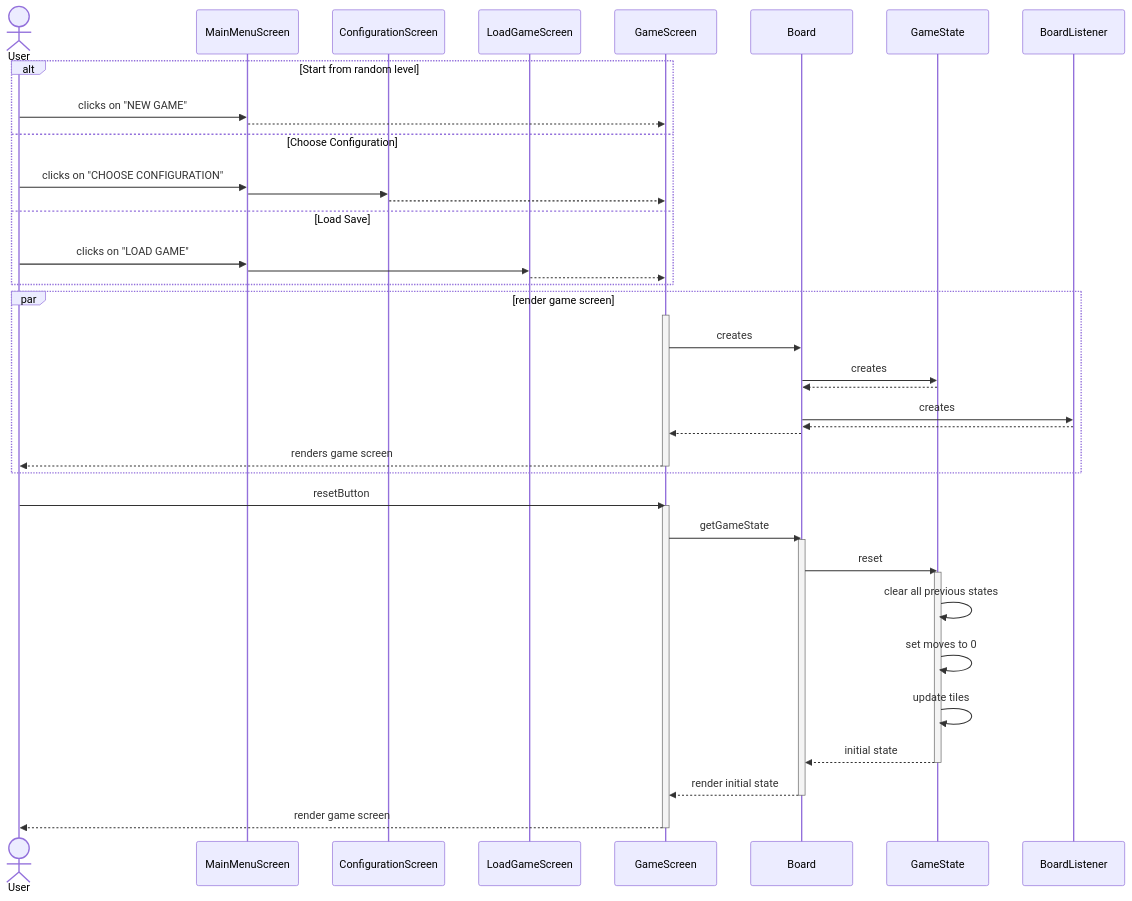
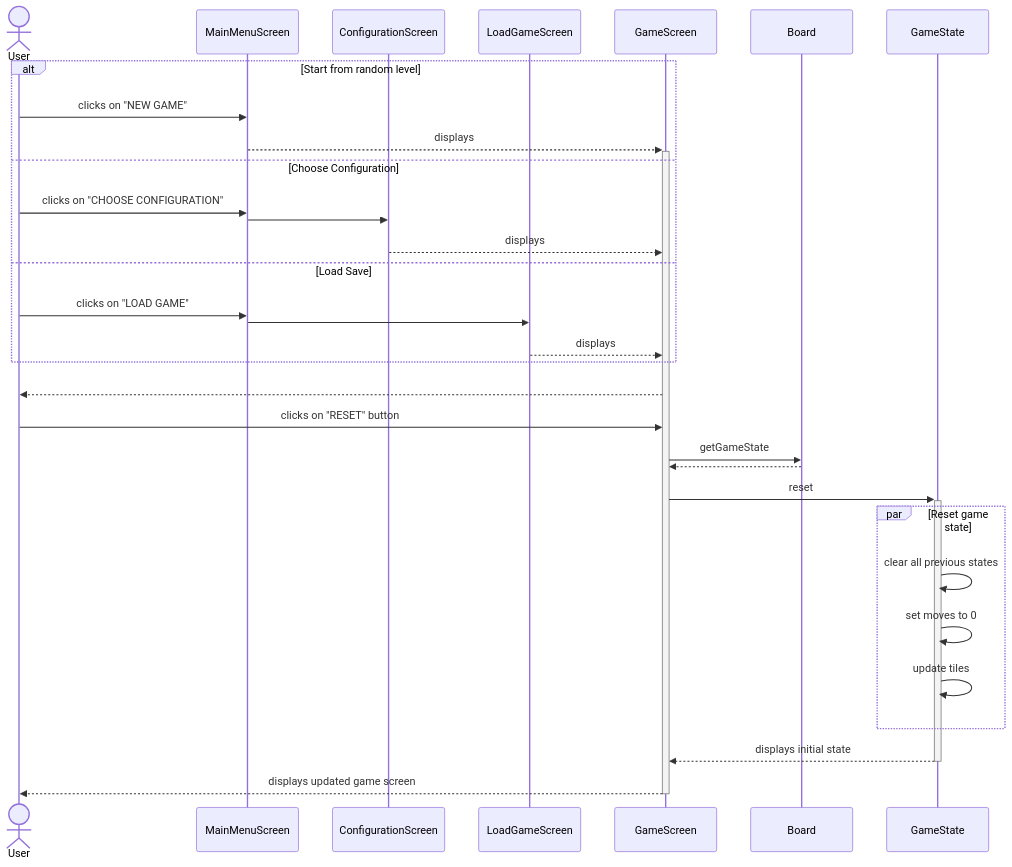
One commit to BIRSAx2/klotski changed diagram 13 of 14 in docs/sequence_diagram/index.md. Above: the diagram before and after it, drawn with Mermaid. The commit also changed other lines of this file, not shown here.

Commit message:
Finished diagrams

````diff
--- a/docs/sequence_diagram/index.md
+++ b/docs/sequence_diagram/index.md
@@ -520,54 +507,41 @@
 ```mermaid
 sequenceDiagram
     actor User
     participant MainMenuScreen
     participant ConfigurationScreen
     participant LoadGameScreen
     participant GameScreen
     participant Board
     participant GameState
 
 
     alt Start from random level
         User ->> MainMenuScreen: clicks on "NEW GAME"
-        MainMenuScreen -->> GameScreen: 
+        MainMenuScreen -->>+ GameScreen: displays
     else Choose Configuration
         User ->> MainMenuScreen: clicks on "CHOOSE CONFIGURATION"
         MainMenuScreen ->> ConfigurationScreen: 
-        ConfigurationScreen -->> GameScreen: 
+        ConfigurationScreen -->> GameScreen: displays
     else Load Save
         User ->> MainMenuScreen: clicks on "LOAD GAME"
         MainMenuScreen ->> LoadGameScreen: 
-        LoadGameScreen -->> GameScreen: 
+        LoadGameScreen -->> GameScreen: displays
     end
-
-    par render game screen
-        activate GameScreen
-        GameScreen ->> Board: creates
-        Board ->> GameState: creates
-        GameState -->> Board: 
-        Board ->> BoardListener: creates
-        BoardListener -->> Board: 
-        Board -->> GameScreen: 
-        GameScreen -->> User: renders game screen
-        deactivate GameScreen
-    end
+    
+    GameScreen -->> User : #32;
 
 
-    User ->> GameScreen : resetButton
-    activate GameScreen
+    User ->> GameScreen : clicks on "RESET" button
     GameScreen ->> Board : getGameState
-    activate Board
-    Board ->> GameState : reset
-    activate GameState
-    GameState ->> GameState: clear all previous states
-    GameState ->> GameState: set moves to 0
-    GameState ->> GameState: update tiles
-    GameState -->> Board : initial state
-    deactivate GameState
-    Board -->> GameScreen : render initial state
-    deactivate Board
-    GameScreen -->> User : render game screen
+    Board -->> GameScreen : 
+    GameScreen ->>+ GameState : reset
+    par Reset game state
+        GameState ->> GameState: clear all previous states
+        GameState ->> GameState: set moves to 0
+        GameState ->> GameState: update tiles
+    end
+    GameState -->>- GameScreen : displays initial state
+    GameScreen -->> User : displays updated game screen
     deactivate GameScreen
     
 ```
````
